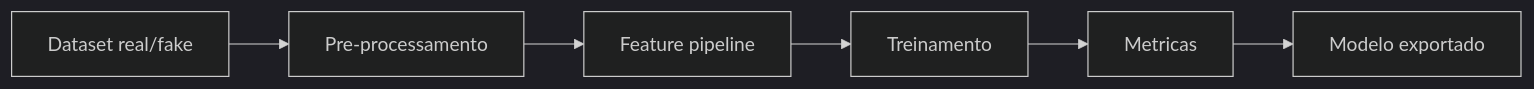
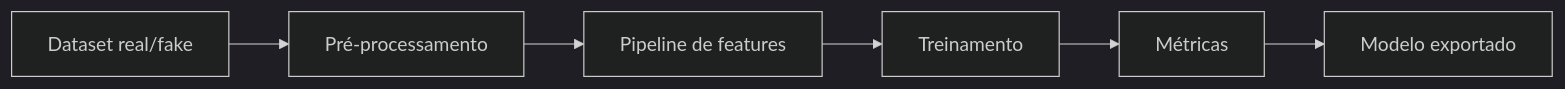
One commit to thierrybraga/XFakeSong changed the second of 3 diagrams in docs/index.md. Above: the diagram before and after it, drawn with Mermaid (dark theme). The commit also changed other lines of this file and 7 other files, not shown here.

````diff
--- a/docs/index.md
+++ b/docs/index.md
@@ -42,8 +59,8 @@
 ```mermaid
 flowchart LR
-    A["Dataset real/fake"] --> B["Pre-processamento"]
-    B --> C["Feature pipeline"]
+    A["Dataset real/fake"] --> B["Pré-processamento"]
+    B --> C["Pipeline de features"]
     C --> D["Treinamento"]
-    D --> E["Metricas"]
+    D --> E["Métricas"]
     E --> F["Modelo exportado"]
 ```
````
